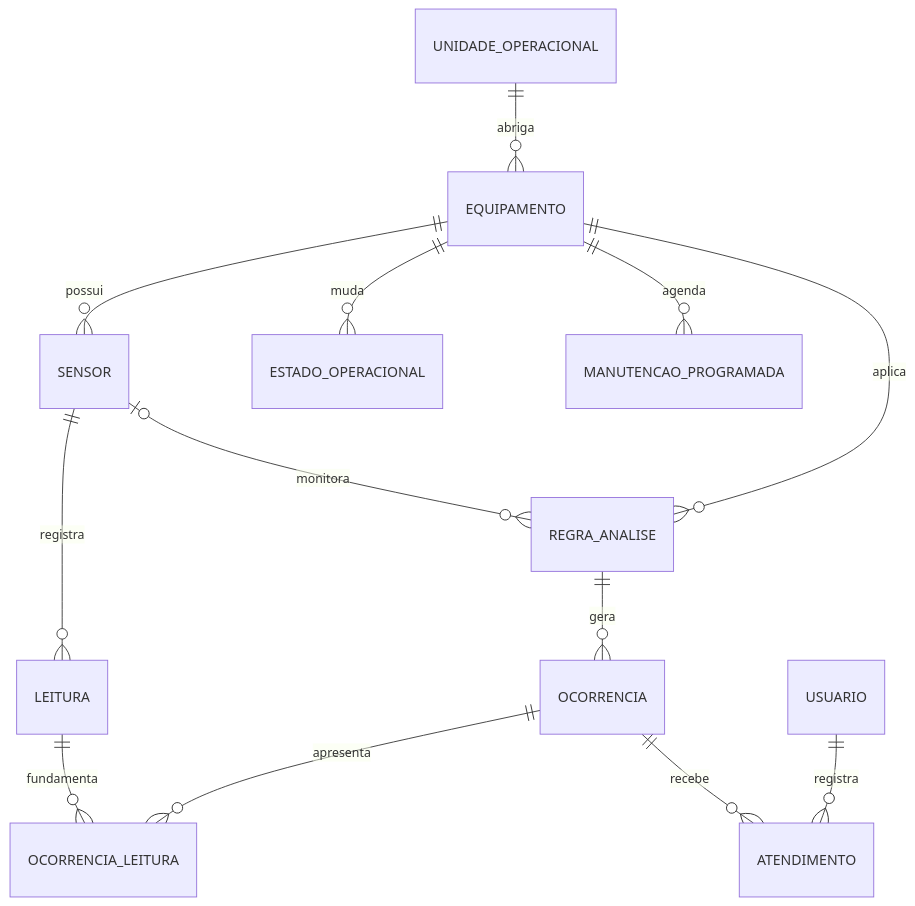
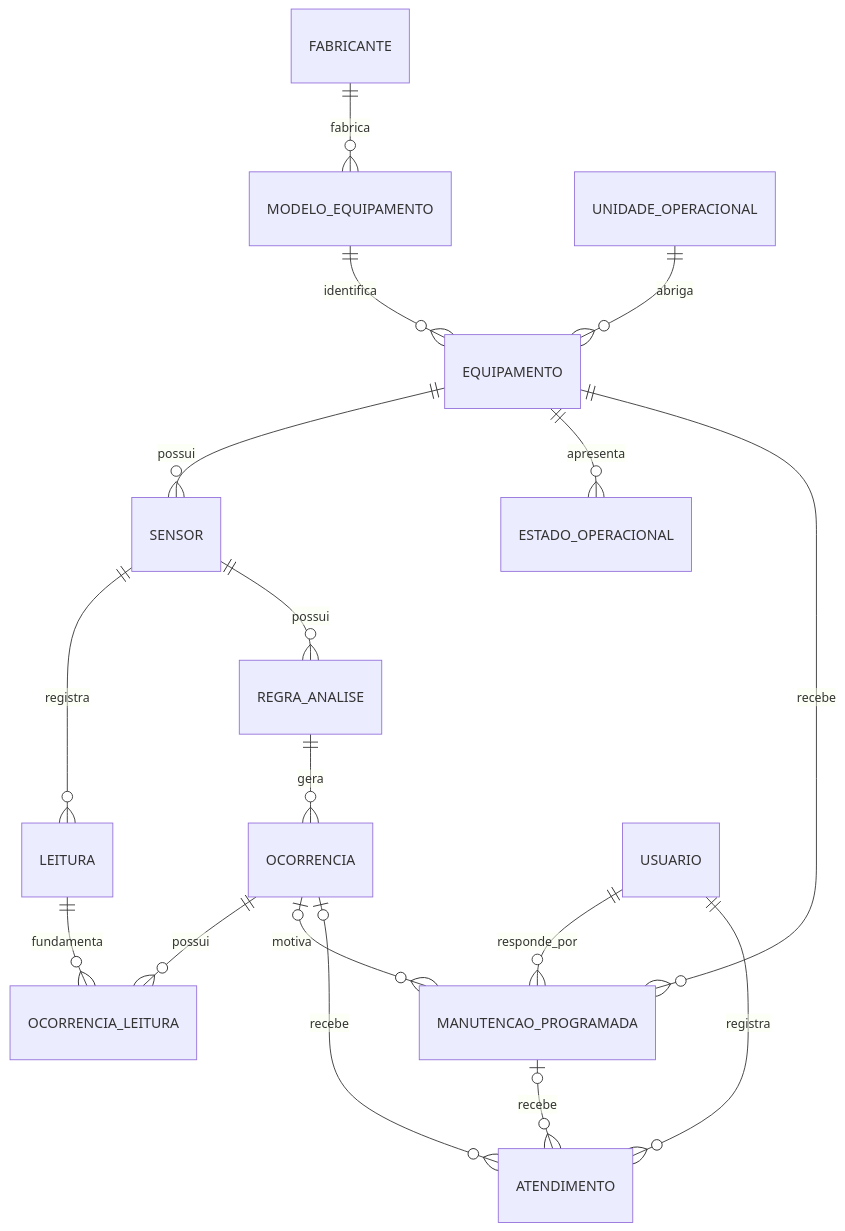
Before and after one commit to eloisazifirino/monitoramento-prisma: the diagram in docs/modelo-banco/README.md, drawn with Mermaid. The commit also changed 1 other file, not shown here.

Commit message:
docs: atualiza modelo do banco de dados

````diff
--- a/docs/modelo-banco/README.md
+++ b/docs/modelo-banco/README.md
@@ -7,15 +7,23 @@
 ```mermaid
 erDiagram
+    FABRICANTE ||--o{ MODELO_EQUIPAMENTO : fabrica
+    MODELO_EQUIPAMENTO ||--o{ EQUIPAMENTO : identifica
     UNIDADE_OPERACIONAL ||--o{ EQUIPAMENTO : abriga
+
     EQUIPAMENTO ||--o{ SENSOR : possui
+    EQUIPAMENTO ||--o{ ESTADO_OPERACIONAL : apresenta
     SENSOR ||--o{ LEITURA : registra
-    EQUIPAMENTO ||--o{ ESTADO_OPERACIONAL : muda
-    EQUIPAMENTO ||--o{ MANUTENCAO_PROGRAMADA : agenda
-    EQUIPAMENTO ||--o{ REGRA_ANALISE : aplica
-    SENSOR o|--o{ REGRA_ANALISE : monitora
+
+    SENSOR ||--o{ REGRA_ANALISE : possui
     REGRA_ANALISE ||--o{ OCORRENCIA : gera
-    OCORRENCIA ||--o{ OCORRENCIA_LEITURA : apresenta
+    OCORRENCIA ||--o{ OCORRENCIA_LEITURA : possui
     LEITURA ||--o{ OCORRENCIA_LEITURA : fundamenta
-    OCORRENCIA ||--o{ ATENDIMENTO : recebe
+
+    EQUIPAMENTO ||--o{ MANUTENCAO_PROGRAMADA : recebe
+    USUARIO ||--o{ MANUTENCAO_PROGRAMADA : responde_por
+    OCORRENCIA o|--o{ MANUTENCAO_PROGRAMADA : motiva
+
+    OCORRENCIA o|--o{ ATENDIMENTO : recebe
+    MANUTENCAO_PROGRAMADA o|--o{ ATENDIMENTO : recebe
     USUARIO ||--o{ ATENDIMENTO : registra
 ```
````
